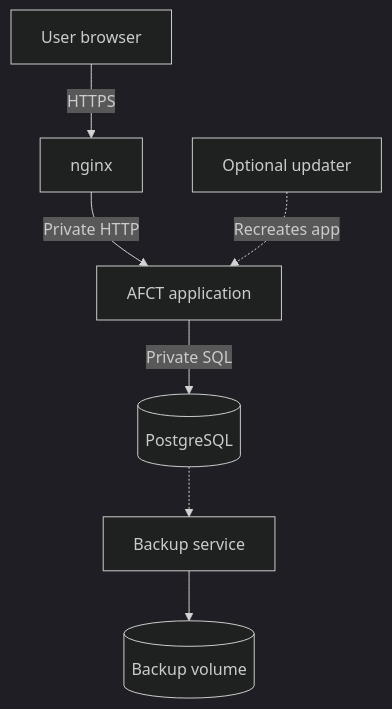
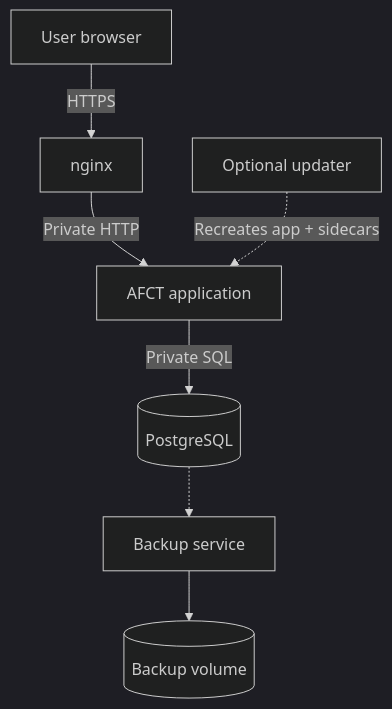
The diagram in docs-site/docs/reference/deployment-architecture.md (PennStateCS/AFCT), drawn with Mermaid (dark theme) before and after one commit. The commit also changed other lines of this file and 5 other files, not shown here.

````diff
--- a/docs-site/docs/reference/deployment-architecture.md
+++ b/docs-site/docs/reference/deployment-architecture.md
@@ -5,9 +5,9 @@
 ```mermaid
 graph TD
     User[User browser] -->|HTTPS| Nginx[nginx]
     Nginx -->|Private HTTP| App[AFCT application]
     App -->|Private SQL| DB[(PostgreSQL)]
     DB -.-> Backup[Backup service]
     Backup --> Archives[(Backup volume)]
-    Updater[Optional updater] -.->|Recreates app| App
+    Updater[Optional updater] -.->|Recreates app + sidecars| App
 ```
````
